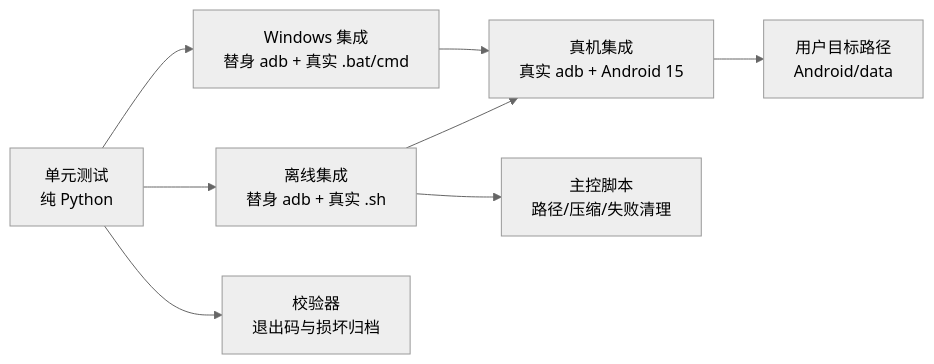
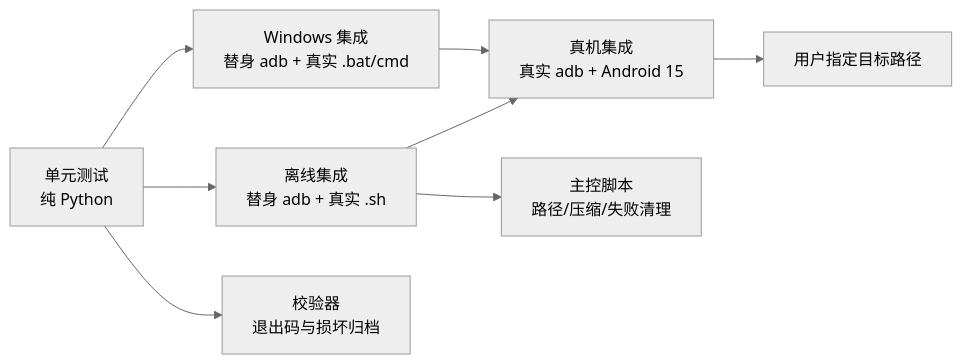
One commit to What410802/AndBackup changed the diagram in docs/testing.md. Above: the diagram before and after it, drawn with Mermaid (neutral theme). The commit also changed other lines of this file and 17 other files, not shown here.

````diff
--- a/docs/testing.md
+++ b/docs/testing.md
@@ -72,10 +81,10 @@
 ```mermaid
 flowchart LR
     U[单元测试\n纯 Python] --> I[离线集成\n替身 adb + 真实 .sh]
     U --> W[Windows 集成\n替身 adb + 真实 .bat/cmd]
     I --> D[真机集成\n真实 adb + Android 15]
     W --> D
     U --> V[校验器\n退出码与损坏归档]
     I --> B[主控脚本\n路径/压缩/失败清理]
-    D --> P[用户目标路径\nAndroid/data]
+    D --> P[用户指定目标路径]
 ```
````
